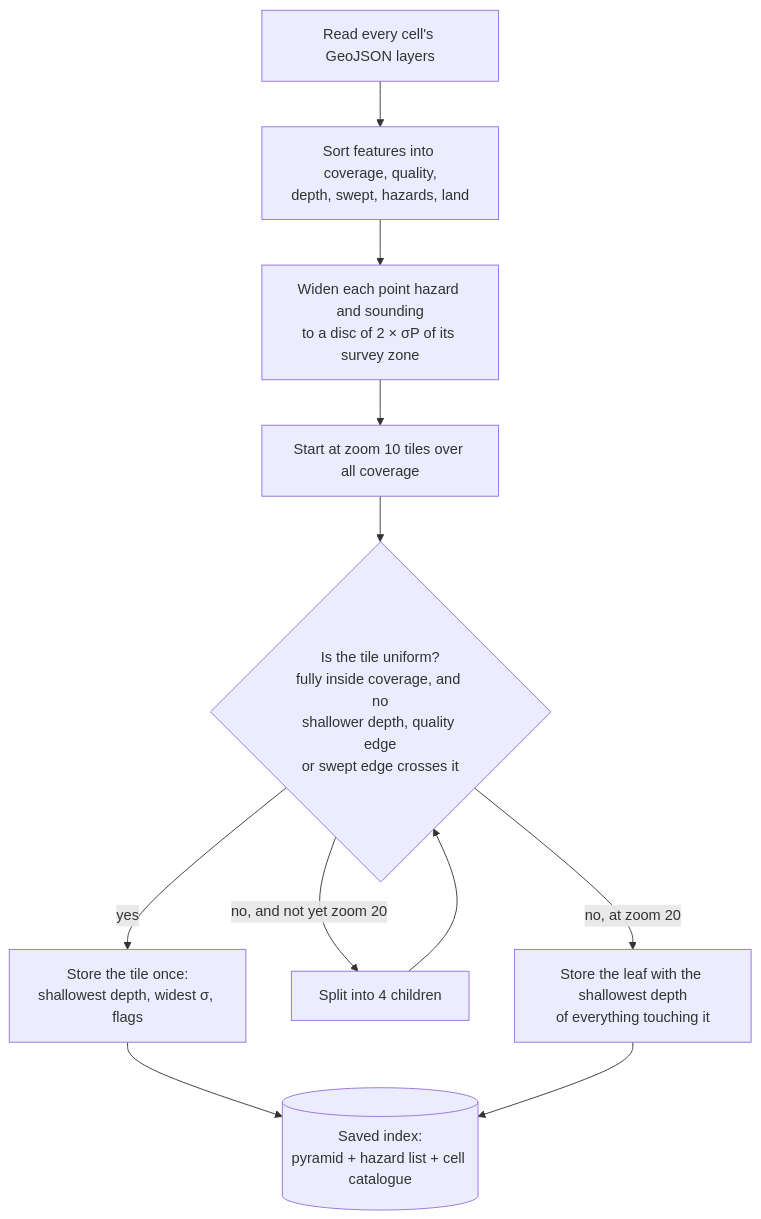
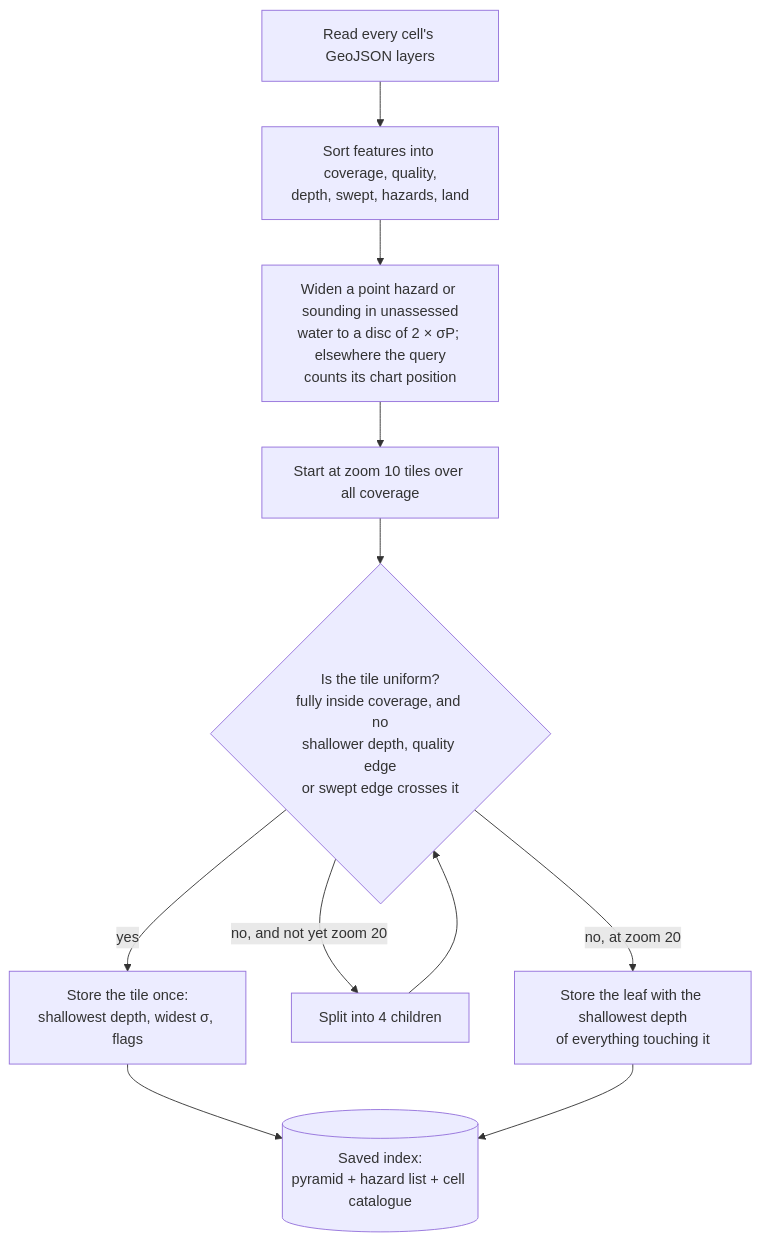
One commit to KEGustafsson/signalk-underkeel changed the second of 6 diagrams in docs/HOW-IT-WORKS.md. Above: the diagram before and after it, drawn with Mermaid. The commit also changed other lines of this file and 57 other files, not shown here.

````diff
--- a/docs/HOW-IT-WORKS.md
+++ b/docs/HOW-IT-WORKS.md
@@ -141,11 +141,11 @@
 ```mermaid
 flowchart TD
   A[Read every cell's GeoJSON layers] --> B[Sort features into coverage, quality,<br/>depth, swept, hazards, land]
-  B --> C[Widen each point hazard and sounding<br/>to a disc of 2 × σP of its survey zone]
+  B --> C[Widen a point hazard or sounding in unassessed<br/>water to a disc of 2 × σP; elsewhere the query<br/>counts its chart position]
   C --> D[Start at zoom 10 tiles over all coverage]
   D --> E{Is the tile uniform?<br/>fully inside coverage, and no<br/>shallower depth, quality edge<br/>or swept edge crosses it}
   E -- yes --> F[Store the tile once:<br/>shallowest depth, widest σ, flags]
   E -- no, and not yet zoom 20 --> G[Split into 4 children] --> E
   E -- no, at zoom 20 --> H[Store the leaf with the shallowest depth<br/>of everything touching it]
   F & H --> I[(Saved index:<br/>pyramid + hazard list + cell catalogue)]
 ```
````
